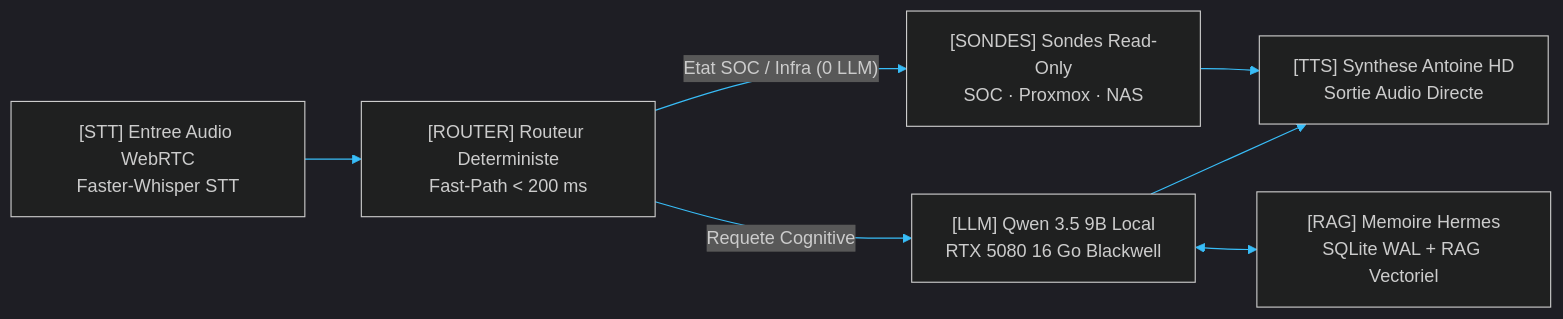
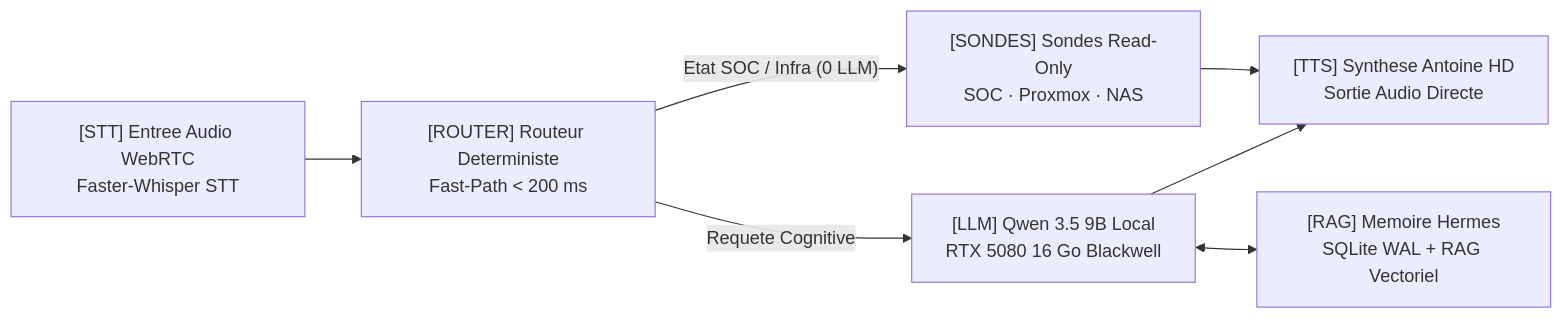
One commit to 0xCyberLiTech/JARVIS changed the diagram in README.md. Above: the diagram before and after it, drawn with Mermaid.

Commit message:
feat(wireframe-hud): Règle 23 — 100% icônes fil de fer, tutos Debian 13/14 & gardiens Niveau 4+

````diff
--- a/README.md
+++ b/README.md
@@ -50,10 +50,9 @@
 ```mermaid
-%%{init: {'theme': 'dark', 'themeVariables': { 'primaryColor': '#091326', 'primaryTextColor': '#f8fafc', 'primaryBorderColor': '#38bdf8', 'lineColor': '#38bdf8'}}}%%
 flowchart LR
     MIC["[STT] Entree Audio WebRTC<br/>Faster-Whisper STT"] --> ROUTER["[ROUTER] Routeur Deterministe<br/>Fast-Path < 200 ms"]
     ROUTER -->|"Etat SOC / Infra (0 LLM)"| COLLECT["[SONDES] Sondes Read-Only<br/>SOC · Proxmox · NAS"]
     ROUTER -->|"Requete Cognitive"| LLM["[LLM] Qwen 3.5 9B Local<br/>RTX 5080 16 Go Blackwell"]
     LLM <--> RAG["[RAG] Memoire Hermes<br/>SQLite WAL + RAG Vectoriel"]
     COLLECT --> TTS["[TTS] Synthese Antoine HD<br/>Sortie Audio Directe"]
     LLM --> TTS
 ```
````
